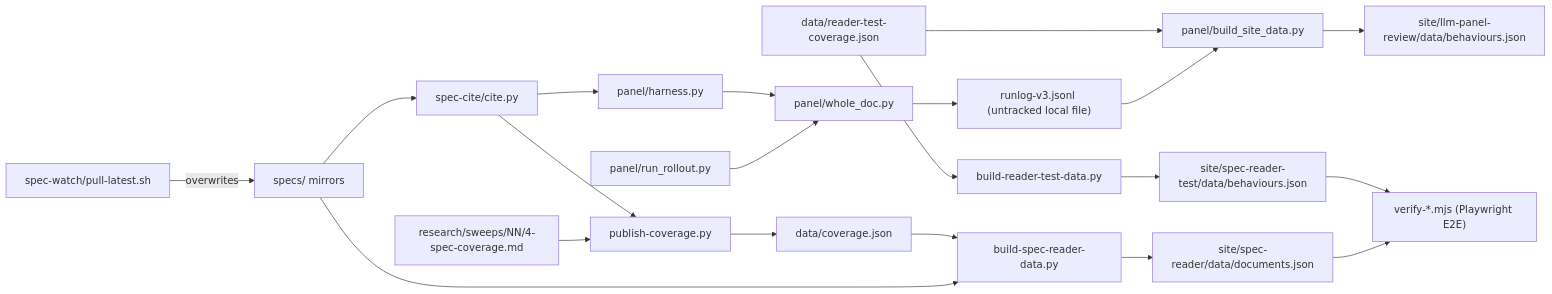
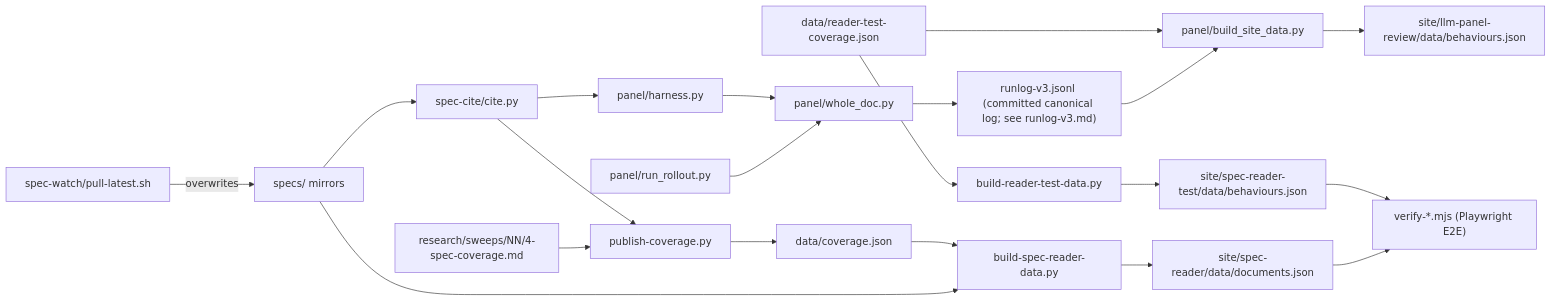
Before and after one commit to AndresCotton/ai-character-index: the diagram in engine/OVERVIEW.md, drawn with Mermaid. The commit also changed other lines of this file and 4 other files, not shown here.

First line of the commit message:
fix(panel): second review round -- manifest clobber guard, doc counts, mermaid label, docstring

````diff
--- a/engine/OVERVIEW.md
+++ b/engine/OVERVIEW.md
@@ -31,22 +31,22 @@
 ```mermaid
 graph LR
   watch["spec-watch/pull-latest.sh"] -->|overwrites| specs["specs/ mirrors"]
   specs --> cite["spec-cite/cite.py"]
   specs --> bsr["build-spec-reader-data.py"]
   cite --> harness["panel/harness.py"]
   rollout["panel/run_rollout.py"] --> wholedoc["panel/whole_doc.py"]
   harness --> wholedoc
-  wholedoc --> runlog["runlog-v3.jsonl (untracked local file)"]
+  wholedoc --> runlog["runlog-v3.jsonl (committed canonical log; see runlog-v3.md)"]
   runlog --> bsd["panel/build_site_data.py"]
   bsd --> panelpayload["site/llm-panel-review/data/behaviours.json"]
   sweep4["research/sweeps/NN/4-spec-coverage.md"] --> publish["publish-coverage.py"]
   cite --> publish
   publish --> coverage["data/coverage.json"]
   coverage --> bsr
   bsr --> docpayload["site/spec-reader/data/documents.json"]
   rtc["data/reader-test-coverage.json"] --> brt["build-reader-test-data.py"]
   brt --> benchpayload["site/spec-reader-test/data/behaviours.json"]
   rtc --> bsd
   docpayload --> verify["verify-*.mjs (Playwright E2E)"]
   benchpayload --> verify
 ```
````
